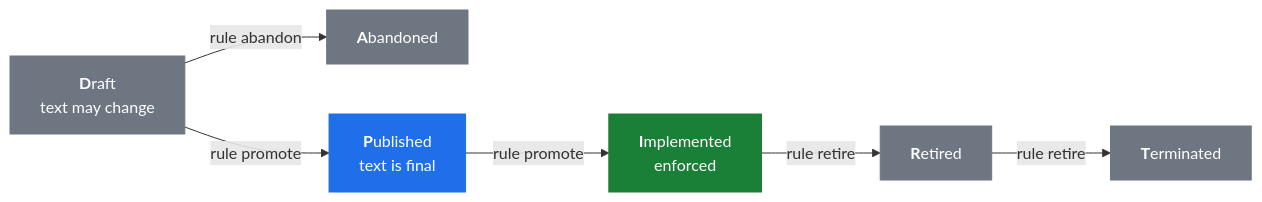
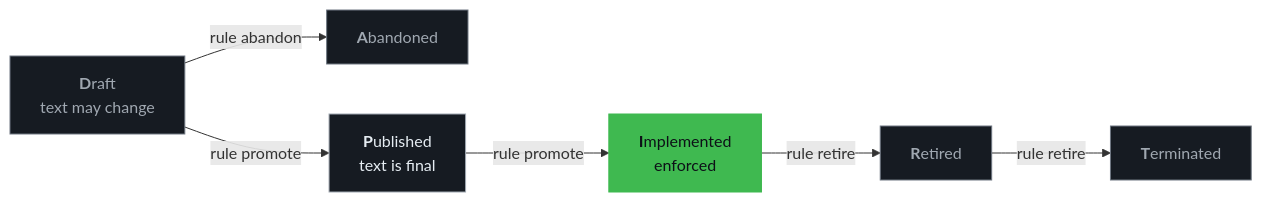
Before and after one commit to SteerSpec/strspc-CLI: the second of 2 diagrams in README.md, drawn with Mermaid. The commit also changed other lines of this file, not shown here.

````diff
--- a/README.md
+++ b/README.md
@@ -195,22 +220,22 @@
 ```mermaid
 flowchart LR
     D["<b>D</b>raft<br/>text may change"]
     A["<b>A</b>bandoned"]
     P["<b>P</b>ublished<br/>text is final"]
     I["<b>I</b>mplemented<br/>enforced"]
     R["<b>R</b>etired"]
     T["<b>T</b>erminated"]
 
     D -->|rule promote| P
     P -->|rule promote| I
     I -->|rule retire| R
     R -->|rule retire| T
     D -->|rule abandon| A
 
-    classDef draft fill:#6e7781,stroke:#6e7781,color:#ffffff
-    classDef published fill:#1f6feb,stroke:#1f6feb,color:#ffffff
-    classDef implemented fill:#1a7f37,stroke:#1a7f37,color:#ffffff
+    classDef draft fill:#161B22,stroke:#6E7681,color:#A0A8B1
+    classDef published fill:#161B22,stroke:#A0A8B1,color:#E6EDF3
+    classDef implemented fill:#3FB950,stroke:#3FB950,color:#0D1117
     class D,A,R,T draft
     class P published
     class I implemented
 ```
````
